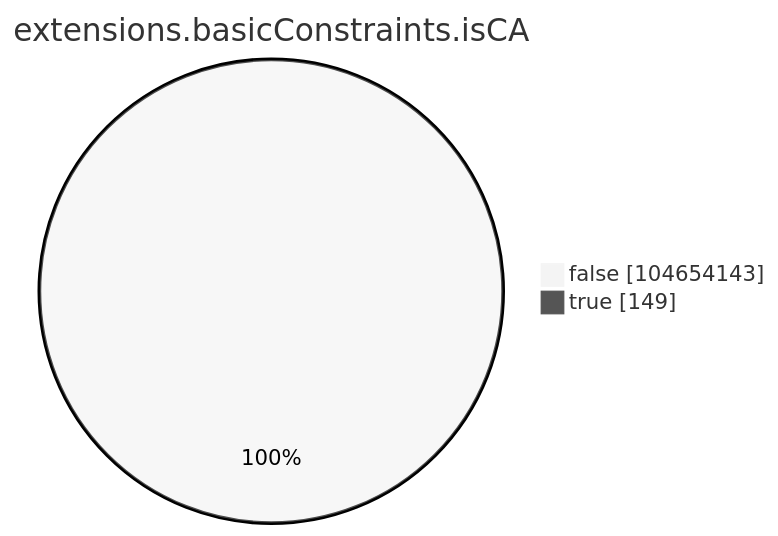
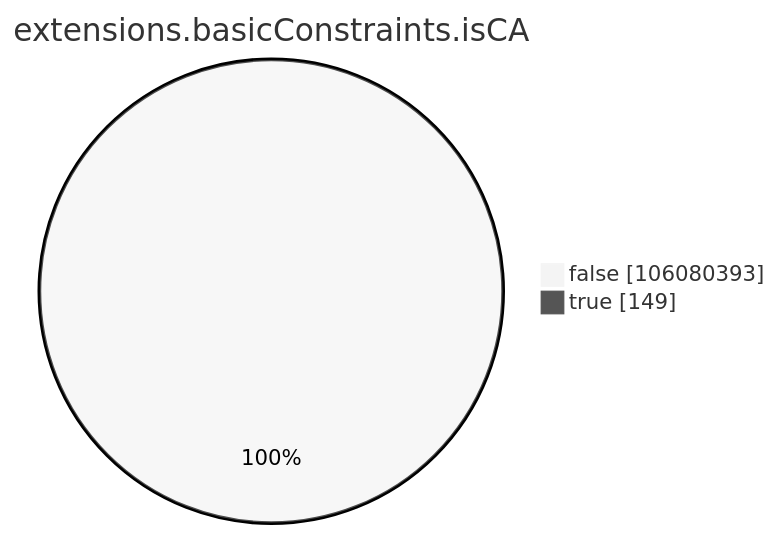
One commit to christiankrug/ctmonitor_visualization changed the seventh of 15 diagrams in xenon2023/README.md. Above: the diagram before and after it, drawn with Mermaid (neutral theme). The commit also changed other lines of this file, not shown here.

````diff
--- a/xenon2023/README.md
+++ b/xenon2023/README.md
@@ -2124,6 +2125,6 @@
 ```mermaid
 pie showData
 title extensions.basicConstraints.isCA
-"false" :104654143
+"false" :106080393
 "true" :149
 ```
````
